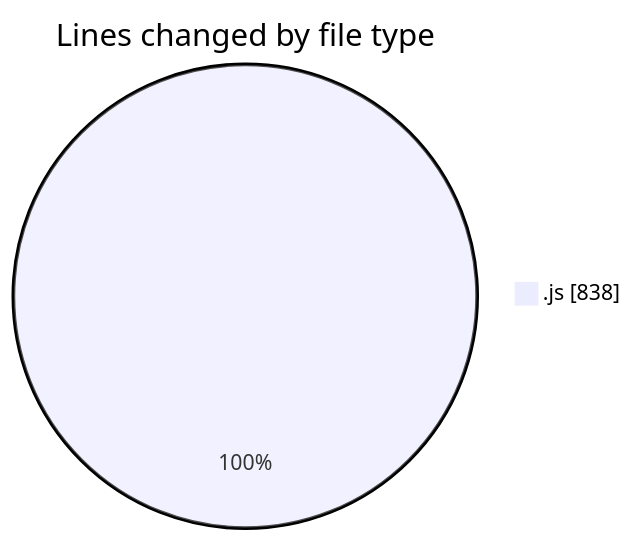
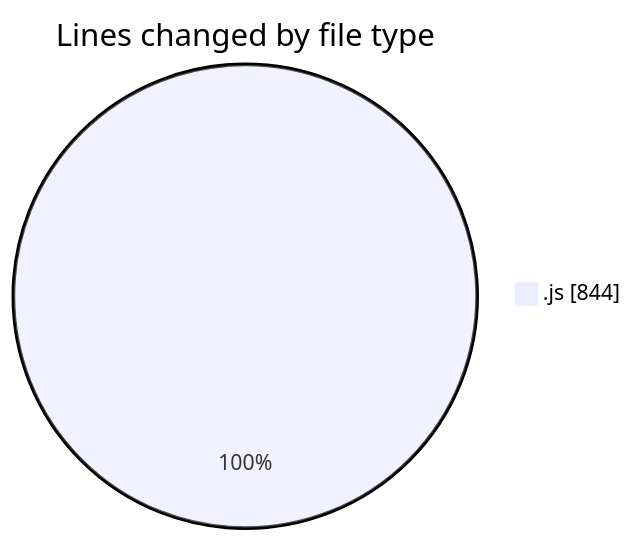
One commit to nxtqubesakshisongat/code-tracking changed the first of 2 diagrams in 2025-09-08/cashcalculator/README.md. Above: the diagram before and after it, drawn with Mermaid. The commit also changed other lines of this file and 1 other file, not shown here.

````diff
--- a/2025-09-08/cashcalculator/README.md
+++ b/2025-09-08/cashcalculator/README.md
@@ -20,5 +20,5 @@
 ```mermaid
 pie showData
 title Lines changed by file type
-".js" : 838
+".js" : 844
 ```
````
